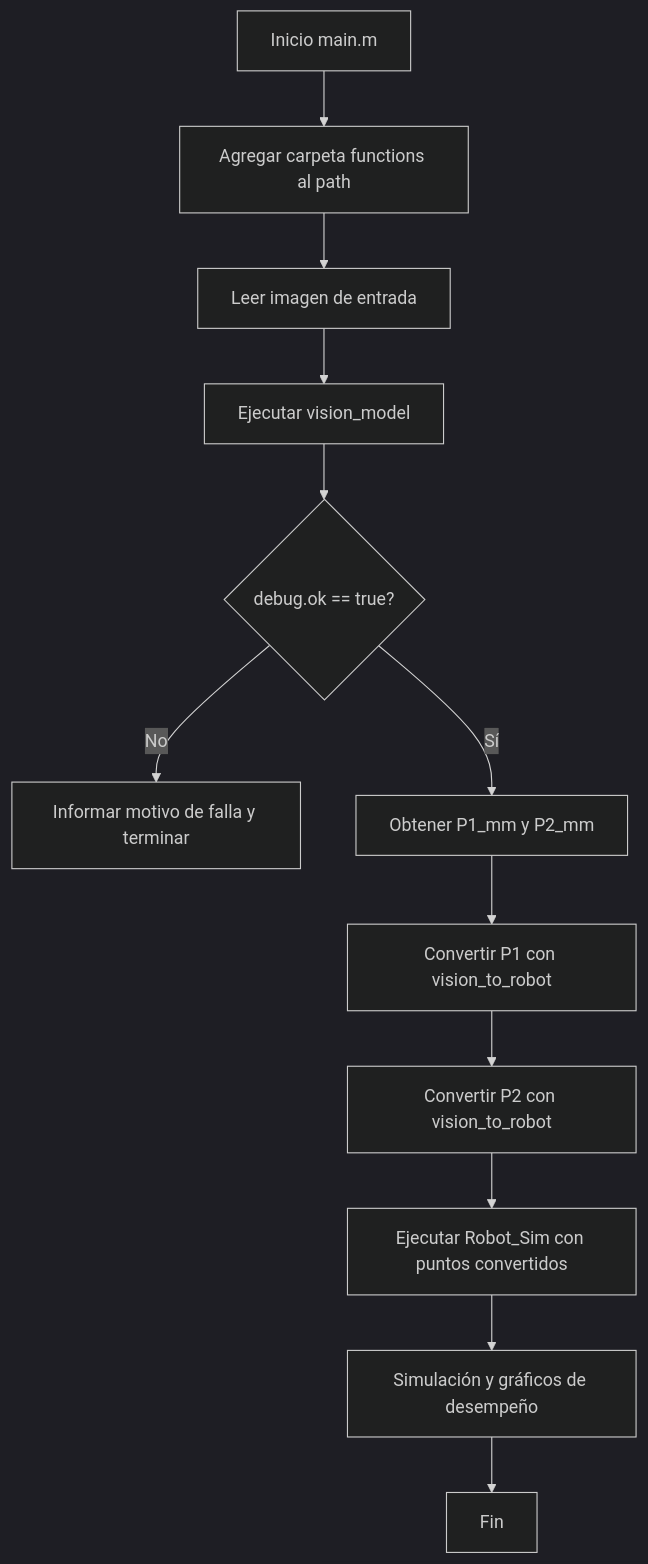
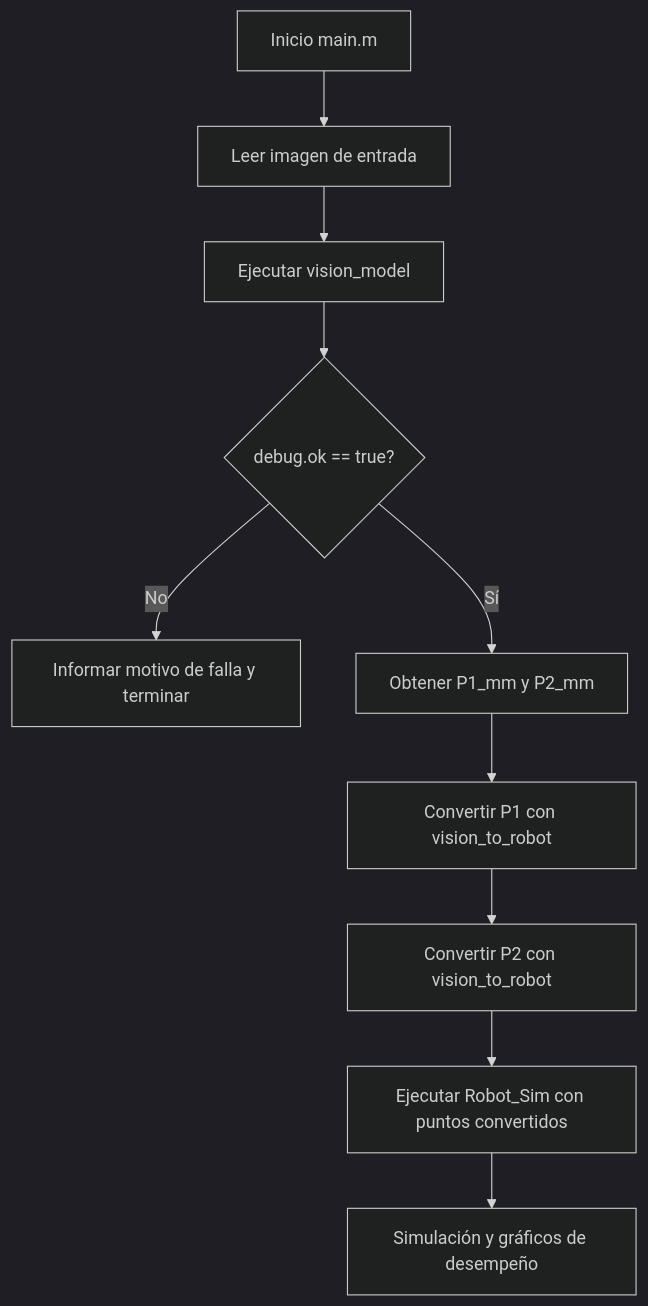
One commit to omsmarian/22.90-TPF-AI changed the first of 3 diagrams in README.md. Above: the diagram before and after it, drawn with Mermaid (dark theme). The commit also changed other lines of this file, not shown here.

Commit message:
Update flowchart and section headings in README

````diff
--- a/README.md
+++ b/README.md
@@ -55,16 +55,14 @@
 ```mermaid
 flowchart TD
-    A[Inicio main.m] --> B[Agregar carpeta functions al path]
-    B --> C[Leer imagen de entrada]
+    A[Inicio main.m] --> C[Leer imagen de entrada]
     C --> D[Ejecutar vision_model]
 
     D --> E{debug.ok == true?}
     E -- No --> F[Informar motivo de falla y terminar]
     E -- Sí --> G[Obtener P1_mm y P2_mm]
 
     G --> H[Convertir P1 con vision_to_robot]
     H --> I[Convertir P2 con vision_to_robot]
     I --> J[Ejecutar Robot_Sim con puntos convertidos]
     J --> K[Simulación y gráficos de desempeño]
-    K --> L[Fin]
 ```
````
